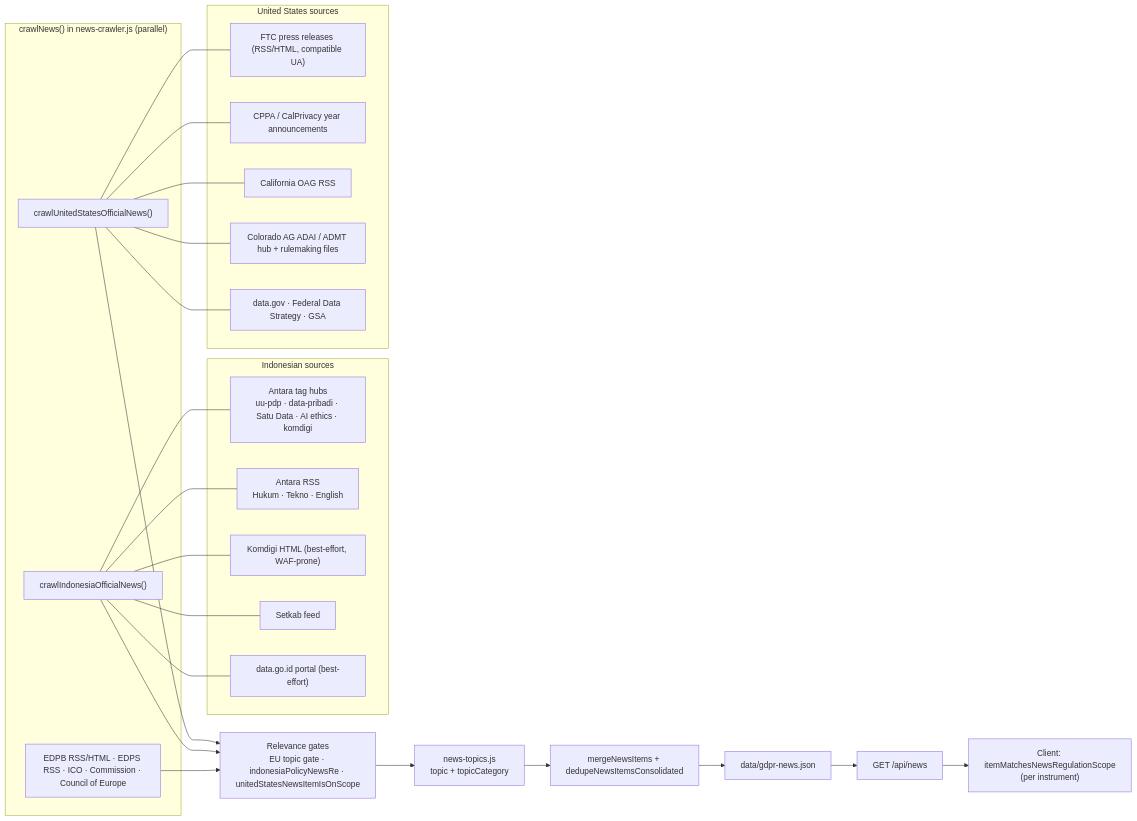
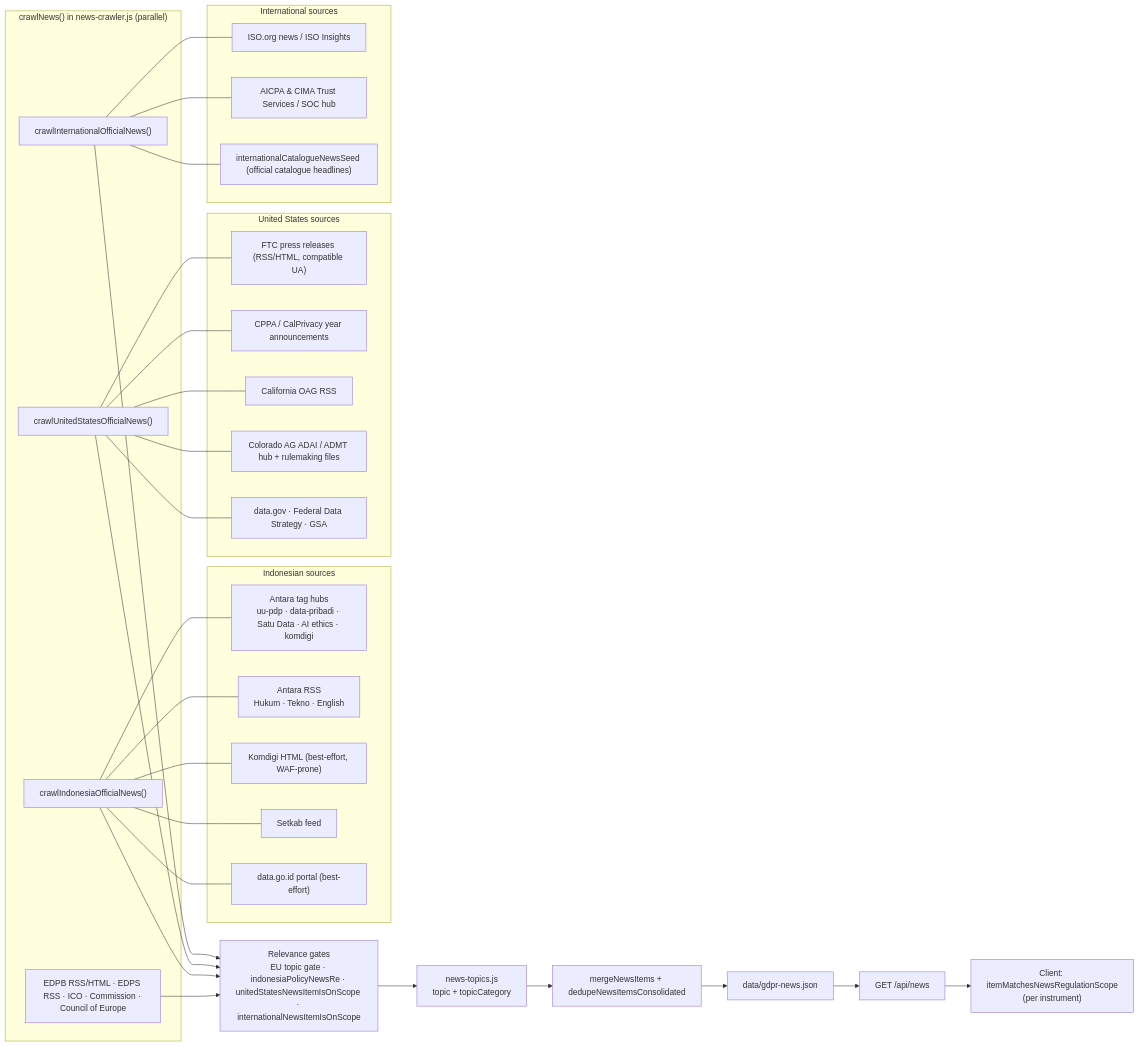
The seventh of 8 diagrams in docs/ARCHITECTURE.md (RifqiMT/gdpr-qa-platform), drawn with Mermaid before and after one commit. The commit also changed other lines of this file and 55 other files, not shown here.

````diff
--- a/docs/ARCHITECTURE.md
+++ b/docs/ARCHITECTURE.md
@@ -243,32 +270,40 @@
 ```mermaid
 flowchart LR
   subgraph crawl["crawlNews() in news-crawler.js (parallel)"]
     eu["EDPB RSS/HTML · EDPS RSS · ICO · Commission · Council of Europe"]
     ind["crawlIndonesiaOfficialNews()"]
     usn["crawlUnitedStatesOfficialNews()"]
+    intn["crawlInternationalOfficialNews()"]
   end
   subgraph indDetail["Indonesian sources"]
     tags["Antara tag hubs\nuu-pdp · data-pribadi · Satu Data · AI ethics · komdigi"]
     rss["Antara RSS\nHukum · Tekno · English"]
     kom["Komdigi HTML (best-effort, WAF-prone)"]
     set["Setkab feed"]
     sd["data.go.id portal (best-effort)"]
   end
   subgraph usDetail["United States sources"]
     ftc["FTC press releases (RSS/HTML, compatible UA)"]
     cppa["CPPA / CalPrivacy year announcements"]
     oag["California OAG RSS"]
     coag["Colorado AG ADAI / ADMT hub + rulemaking files"]
     fds["data.gov · Federal Data Strategy · GSA"]
   end
+  subgraph intDetail["International sources"]
+    isof["ISO.org news / ISO Insights"]
+    aicpaf["AICPA & CIMA Trust Services / SOC hub"]
+    seed["internationalCatalogueNewsSeed (official catalogue headlines)"]
+  end
   ind --- tags & rss & kom & set & sd
   usn --- ftc & cppa & oag & coag & fds
+  intn --- isof & aicpaf & seed
   eu --> gate
-  ind --> gate["Relevance gates\nEU topic gate · indonesiaPolicyNewsRe · unitedStatesNewsItemIsOnScope"]
+  ind --> gate["Relevance gates\nEU topic gate · indonesiaPolicyNewsRe · unitedStatesNewsItemIsOnScope · internationalNewsItemIsOnScope"]
   usn --> gate
+  intn --> gate
   gate --> topics["news-topics.js\ntopic + topicCategory"]
   topics --> merge["mergeNewsItems + dedupeNewsItemsConsolidated"]
   merge --> file["data/gdpr-news.json"]
   file --> api["GET /api/news"]
   api --> client["Client: itemMatchesNewsRegulationScope\n(per instrument)"]
 ```
````
